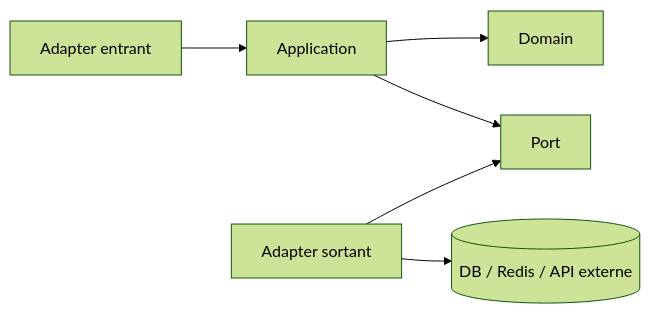
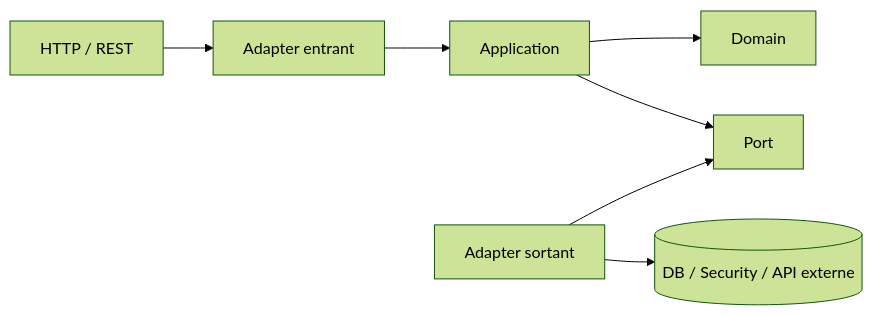
The second of 2 diagrams in docs/ARCHITECTURE.md (mjodheim/Cellar), drawn with Mermaid (forest theme) before and after one commit. The commit also changed other lines of this file and 12 other files, not shown here.

````diff
--- a/docs/ARCHITECTURE.md
+++ b/docs/ARCHITECTURE.md
@@ -142,8 +130,9 @@
 ```mermaid
 flowchart LR
-    AIN[Adapter entrant] --> APP[Application]
+    HTTP[HTTP / REST] --> IN[Adapter entrant]
+    IN --> APP[Application]
     APP --> DOMAIN[Domain]
     APP --> PORT[Port]
-    AOUT[Adapter sortant] --> PORT
-    AOUT --> TECH[(DB / Redis / API externe)]
+    OUT[Adapter sortant] --> PORT
+    OUT --> TECH[(DB / Security / API externe)]
 ```
````
